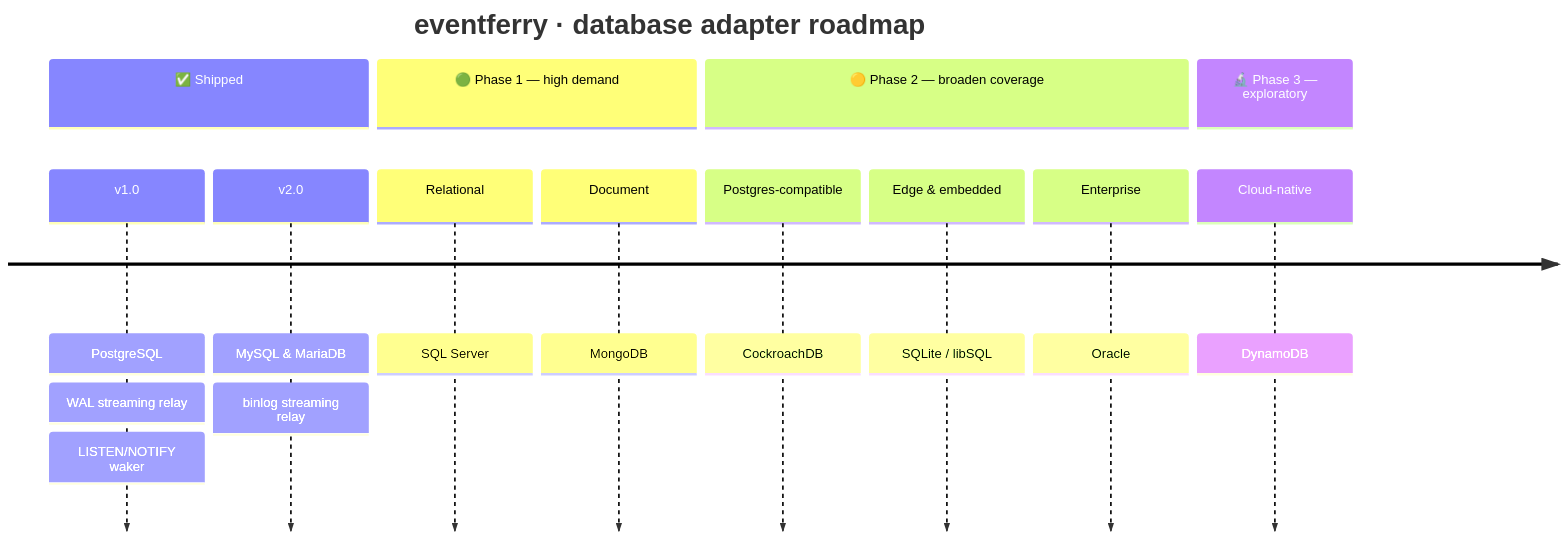
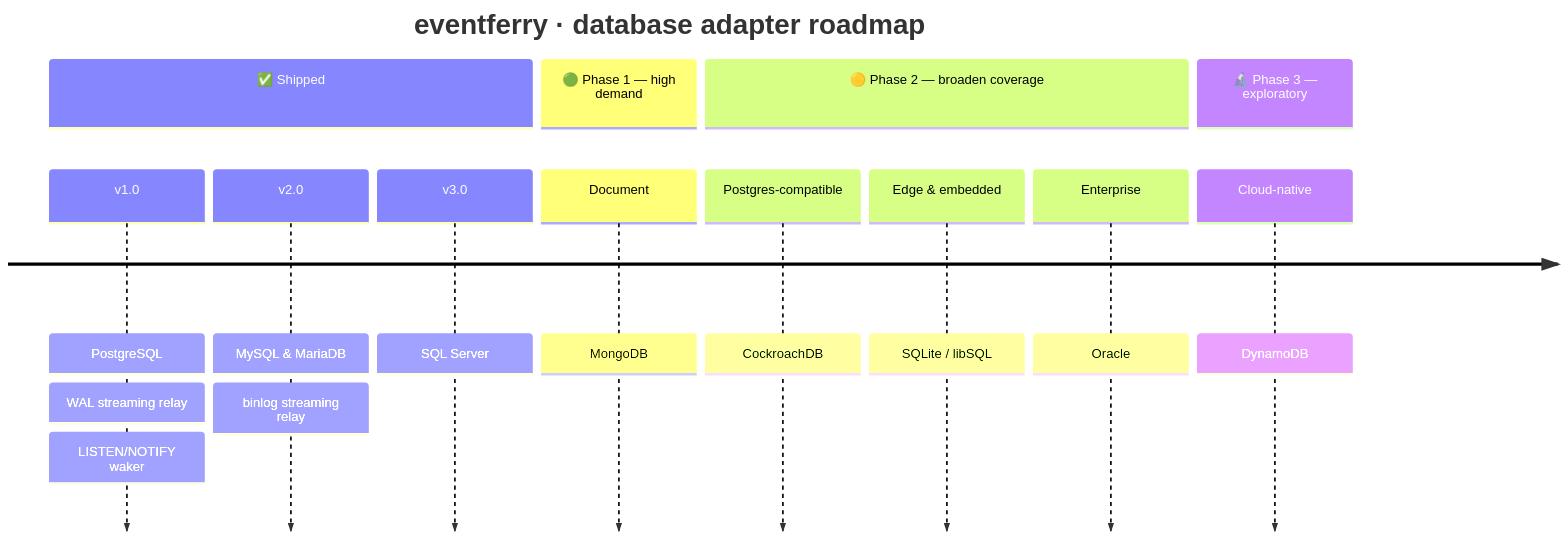
One commit to SametGoktepe/eventferry changed the fourth of 6 diagrams in ROADMAP.md. Above: the diagram before and after it, drawn with Mermaid. The commit also changed other lines of this file and 16 other files, not shown here.

````diff
--- a/ROADMAP.md
+++ b/ROADMAP.md
@@ -135,16 +135,16 @@
 ```mermaid
 timeline
     title eventferry · database adapter roadmap
     section ✅ Shipped
         v1.0 : PostgreSQL : WAL streaming relay : LISTEN/NOTIFY waker
         v2.0 : MySQL & MariaDB : binlog streaming relay
+        v3.0 : SQL Server
     section 🟢 Phase 1 — high demand
-        Relational : SQL Server
         Document : MongoDB
     section 🟡 Phase 2 — broaden coverage
         Postgres-compatible : CockroachDB
         Edge & embedded : SQLite / libSQL
         Enterprise : Oracle
     section 🔬 Phase 3 — exploratory
         Cloud-native : DynamoDB
 ```
````
